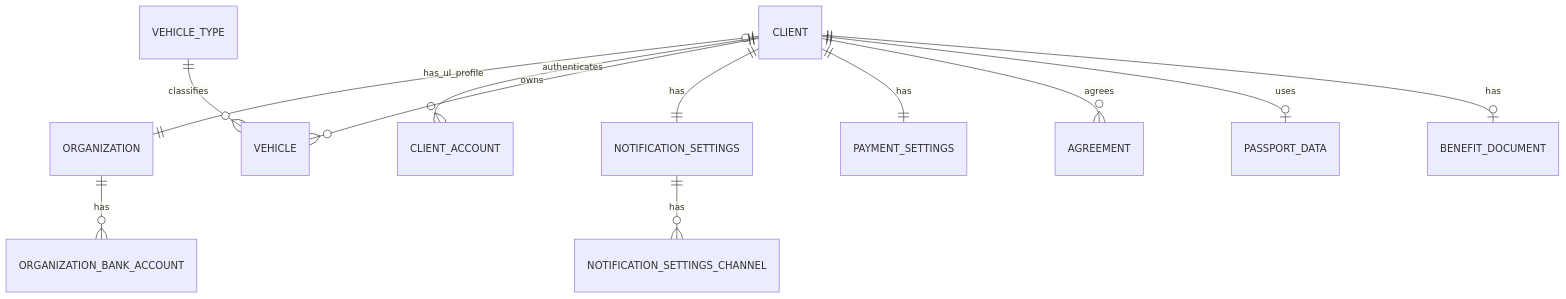
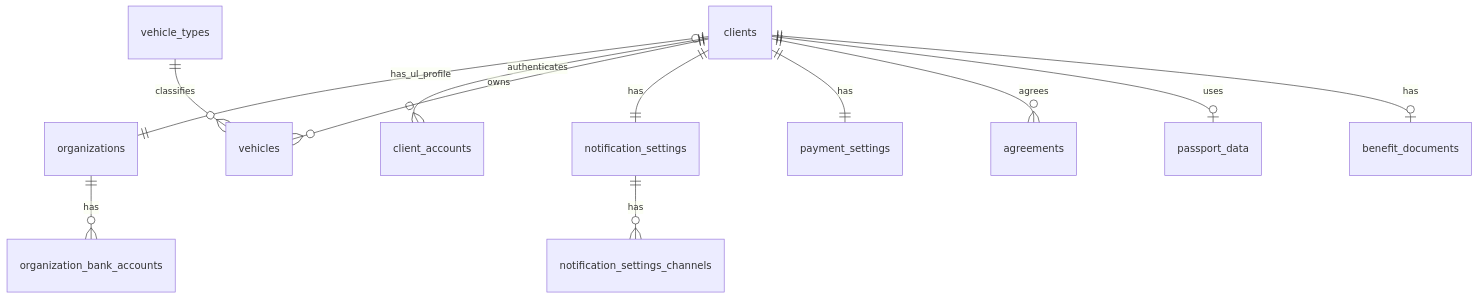
The diagram in docs/architecture/database/erd/erd-relationships-client-client-profile.md (CeJIDb/sab-win-26-parking), drawn with Mermaid before and after one commit. The commit also changed other lines of this file and 5 other files, not shown here.

Commit message:
docs(architecture): обновить архитектурную документацию

````diff
--- a/docs/architecture/database/erd/erd-relationships-client-client-profile.md
+++ b/docs/architecture/database/erd/erd-relationships-client-client-profile.md
@@ -362,14 +50,14 @@
 ```mermaid
 erDiagram
-    CLIENT |o--|| ORGANIZATION : has_ul_profile
-    CLIENT ||--o{ CLIENT_ACCOUNT : authenticates
-    CLIENT ||--o{ VEHICLE : owns
-    VEHICLE_TYPE ||--o{ VEHICLE : classifies
-    CLIENT ||--|| NOTIFICATION_SETTINGS : has
-    NOTIFICATION_SETTINGS ||--o{ NOTIFICATION_SETTINGS_CHANNEL : has
-    CLIENT ||--|| PAYMENT_SETTINGS : has
-    CLIENT ||--o{ AGREEMENT : agrees
-    CLIENT ||--o| PASSPORT_DATA : uses
-    CLIENT ||--o| BENEFIT_DOCUMENT : has
-    ORGANIZATION ||--o{ ORGANIZATION_BANK_ACCOUNT : has
+    clients |o--|| organizations : has_ul_profile
+    clients ||--o{ client_accounts : authenticates
+    clients ||--o{ vehicles : owns
+    vehicle_types ||--o{ vehicles : classifies
+    clients ||--|| notification_settings : has
+    notification_settings ||--o{ notification_settings_channels : has
+    clients ||--|| payment_settings : has
+    clients ||--o{ agreements : agrees
+    clients ||--o| passport_data : uses
+    clients ||--o| benefit_documents : has
+    organizations ||--o{ organization_bank_accounts : has
 ```
````
